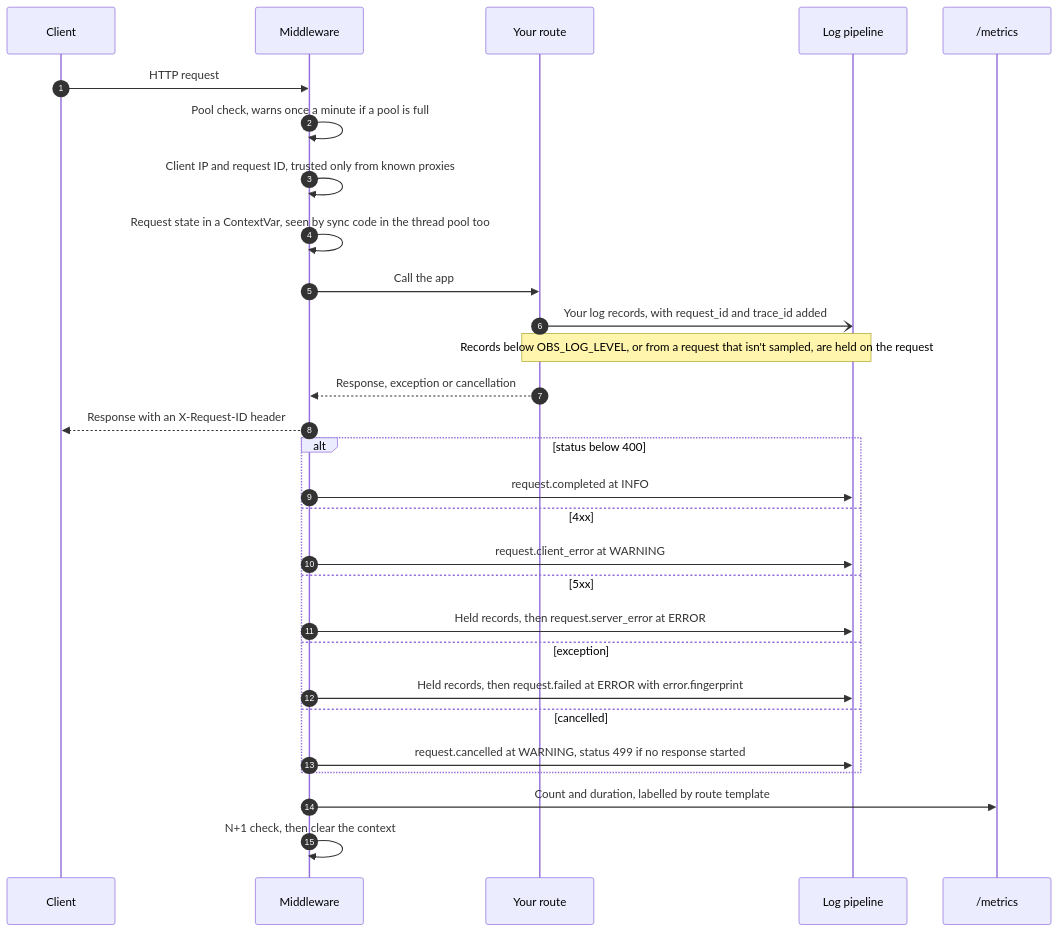
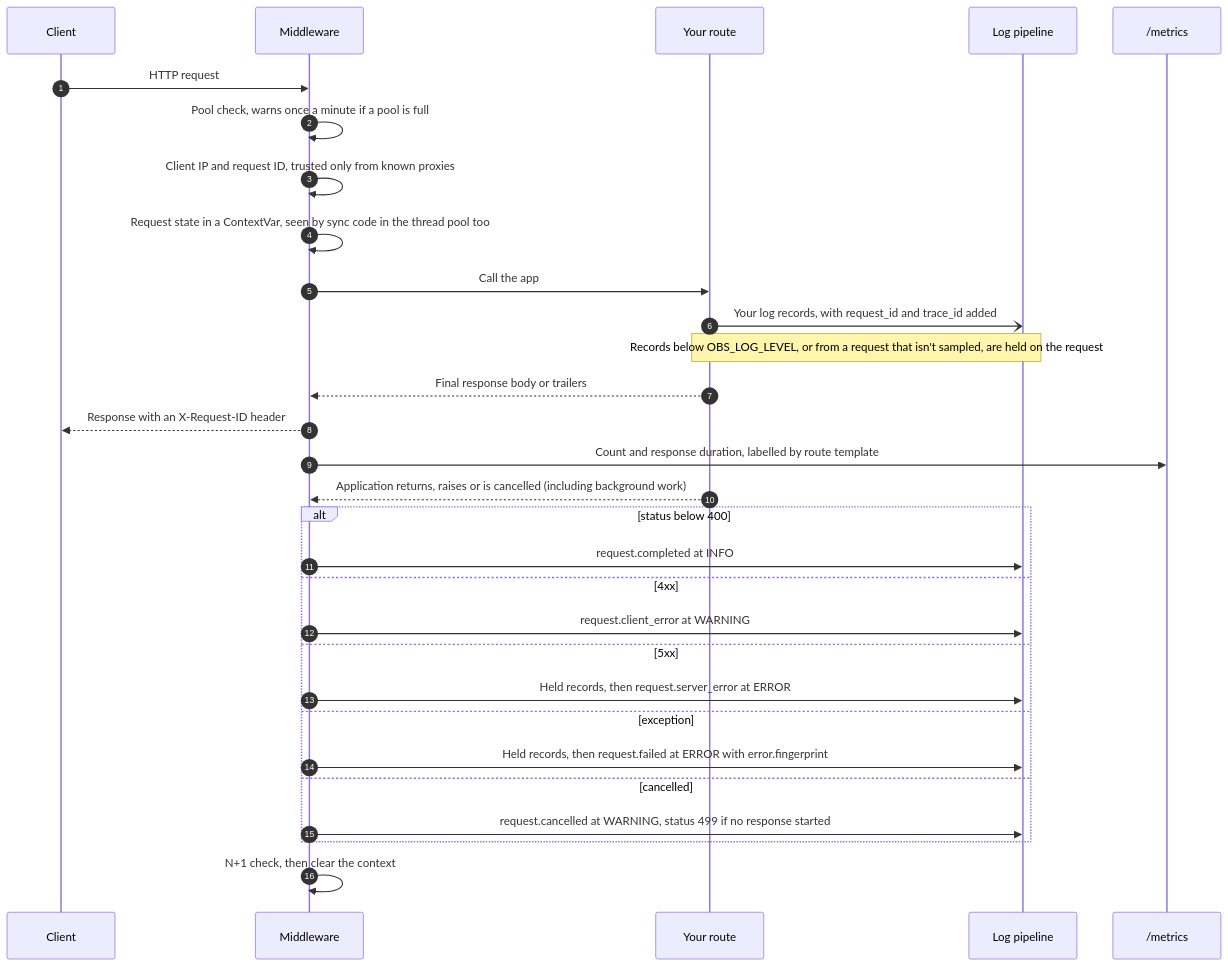
The second of 4 diagrams in docs/architecture.md (Vitaee/FastapiObserver), drawn with Mermaid before and after one commit. The commit also changed other lines of this file and 24 other files, not shown here.

````diff
--- a/docs/architecture.md
+++ b/docs/architecture.md
@@ -79,32 +79,33 @@
 ```mermaid
 sequenceDiagram
   autonumber
   participant C as Client
   participant M as Middleware
   participant A as Your route
   participant L as Log pipeline
   participant P as /metrics
 
   C->>M: HTTP request
   M->>M: Pool check, warns once a minute if a pool is full
   M->>M: Client IP and request ID, trusted only from known proxies
   M->>M: Request state in a ContextVar, seen by sync code in the thread pool too
   M->>A: Call the app
   A-)L: Your log records, with request_id and trace_id added
   Note over A,L: Records below OBS_LOG_LEVEL, or from a request that isn't sampled, are held on the request
-  A-->>M: Response, exception or cancellation
+  A-->>M: Final response body or trailers
   M-->>C: Response with an X-Request-ID header
+  M->>P: Count and response duration, labelled by route template
+  A-->>M: Application returns, raises or is cancelled (including background work)
   alt status below 400
     M->>L: request.completed at INFO
   else 4xx
     M->>L: request.client_error at WARNING
   else 5xx
     M->>L: Held records, then request.server_error at ERROR
   else exception
     M->>L: Held records, then request.failed at ERROR with error.fingerprint
   else cancelled
     M->>L: request.cancelled at WARNING, status 499 if no response started
   end
-  M->>P: Count and duration, labelled by route template
   M->>M: N+1 check, then clear the context
 ```
````
